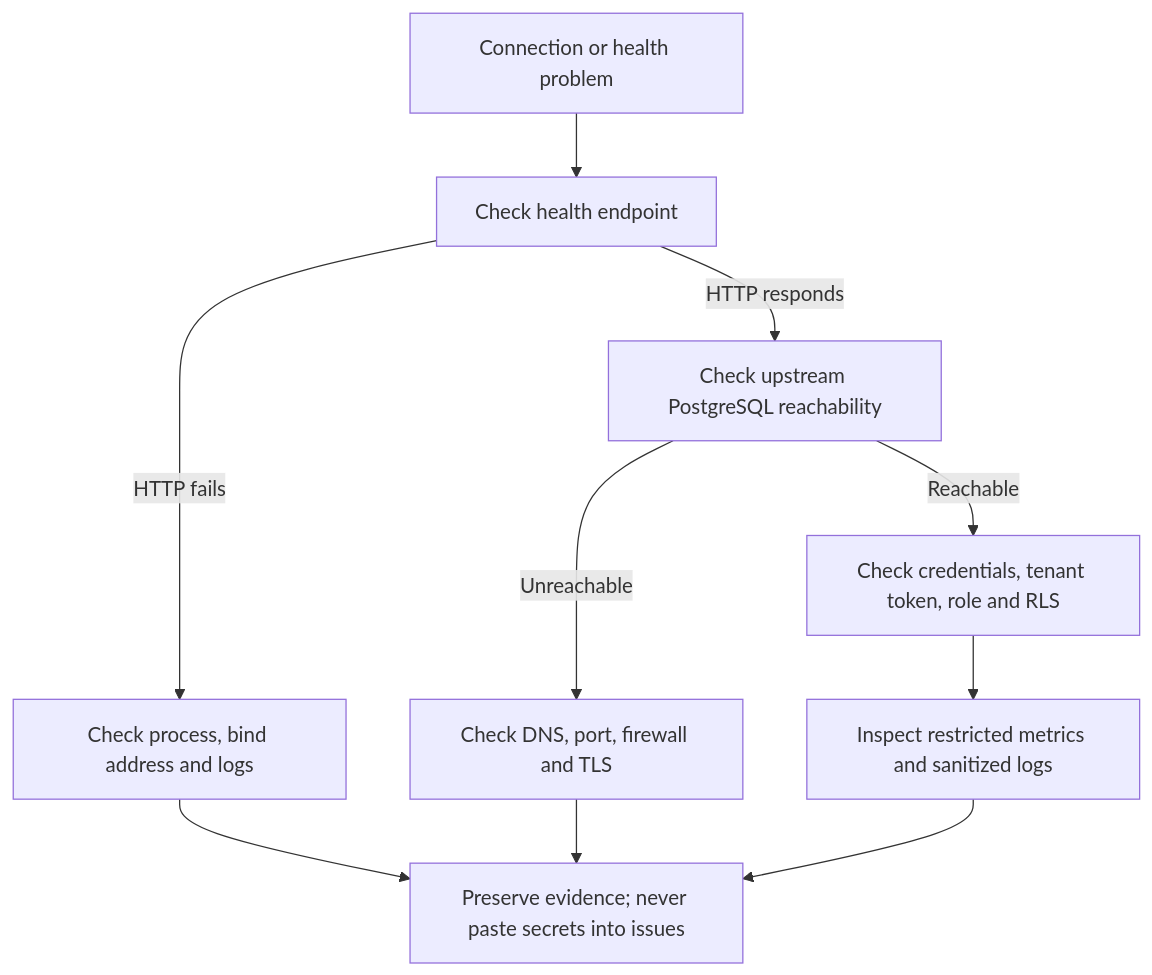
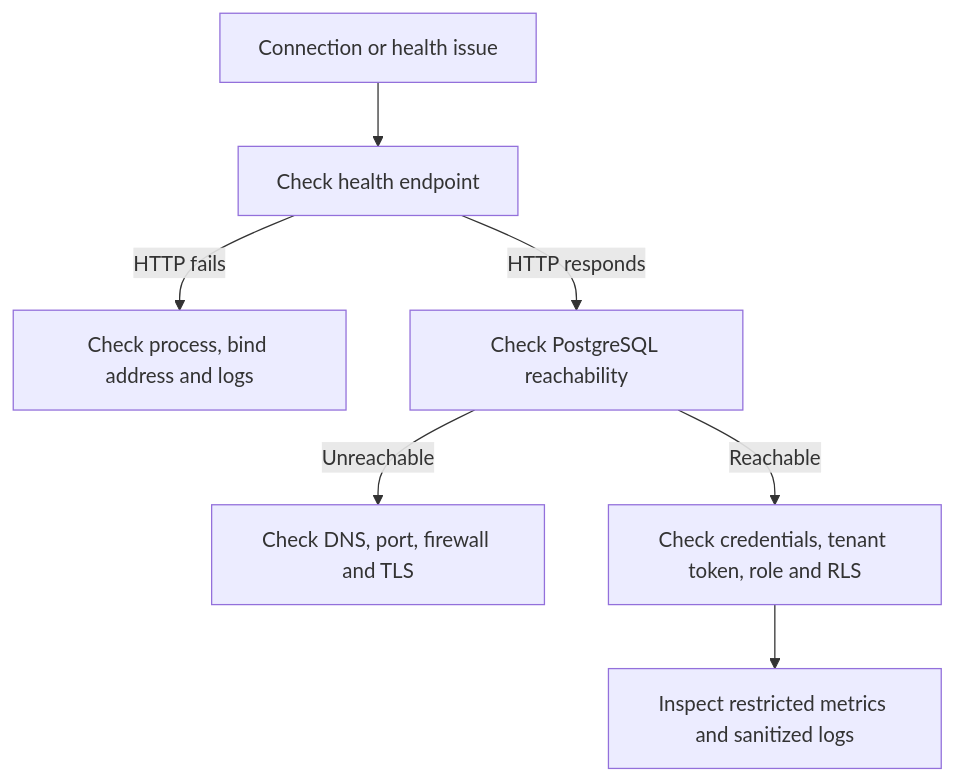
One commit to Agata-Proxima/proxima-engine changed the diagram in docs/OPERATIONS.md. Above: the diagram before and after it, drawn with Mermaid. The commit also changed other lines of this file and 23 other files, not shown here.

````diff
--- a/docs/OPERATIONS.md
+++ b/docs/OPERATIONS.md
@@ -5,12 +7,9 @@
 ```mermaid
 flowchart TD
-  Incident[Connection or health problem] --> Health[Check health endpoint]
+  Incident[Connection or health issue] --> Health[Check health endpoint]
   Health -->|HTTP fails| Listener[Check process, bind address and logs]
-  Health -->|HTTP responds| DB[Check upstream PostgreSQL reachability]
+  Health -->|HTTP responds| DB[Check PostgreSQL reachability]
   DB -->|Unreachable| Network[Check DNS, port, firewall and TLS]
   DB -->|Reachable| Auth[Check credentials, tenant token, role and RLS]
   Auth --> Metrics[Inspect restricted metrics and sanitized logs]
-  Listener --> Safe[Preserve evidence; never paste secrets into issues]
-  Network --> Safe
-  Metrics --> Safe
 ```
````
